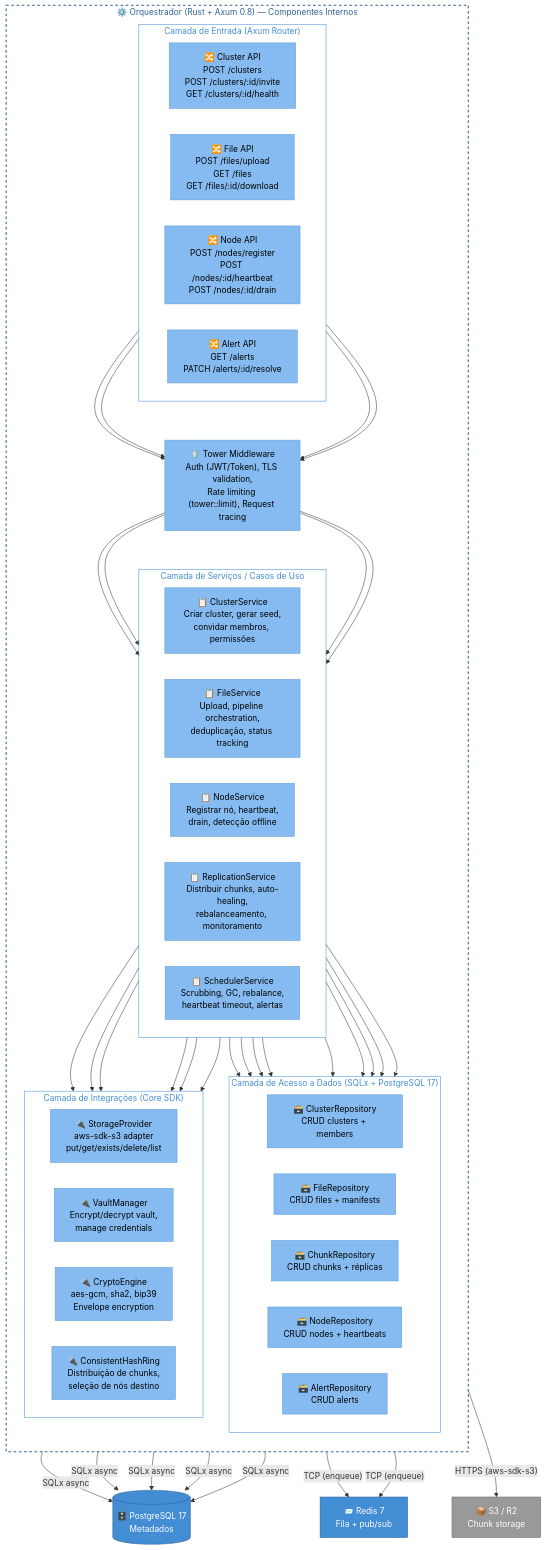
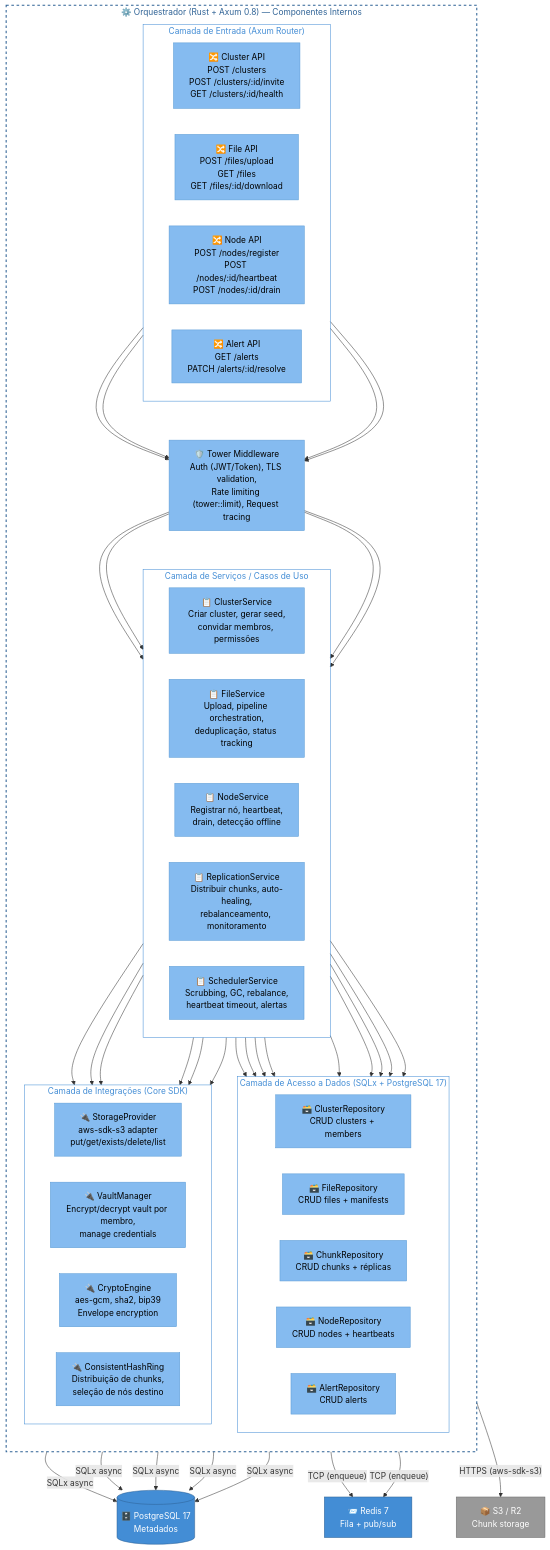
The diagram in docs/diagrams/components/api-components.mmd (DouglasPrado/alexandria), drawn with Mermaid before and after one commit. The commit also changed 29 other files, not shown here.

```diff
--- a/docs/diagrams/components/api-components.mmd
+++ b/docs/diagrams/components/api-components.mmd
@@ -1,119 +1,119 @@
 %% C4 Nivel 3: Componentes Internos — Orquestrador Alexandria
 %% Referencia: docs/blueprint/06-system_architecture.md
 %% Stack: Rust + Axum 0.8 + SQLx + Tower middleware
 
 graph TB
     subgraph ContainerBoundary["⚙️ Orquestrador (Rust + Axum 0.8) — Componentes Internos"]
         direction TB
 
         subgraph EntryLayer["Camada de Entrada (Axum Router)"]
             direction LR
             ClusterRouter["🔀 Cluster API<br/>POST /clusters<br/>POST /clusters/:id/invite<br/>GET /clusters/:id/health"]
             FileRouter["🔀 File API<br/>POST /files/upload<br/>GET /files<br/>GET /files/:id/download"]
             NodeRouter["🔀 Node API<br/>POST /nodes/register<br/>POST /nodes/:id/heartbeat<br/>POST /nodes/:id/drain"]
             AlertRouter["🔀 Alert API<br/>GET /alerts<br/>PATCH /alerts/:id/resolve"]
         end
 
         Middleware["🛡️ Tower Middleware<br/>Auth (JWT/Token), TLS validation,<br/>Rate limiting (tower::limit), Request tracing"]
 
         subgraph ServiceLayer["Camada de Serviços / Casos de Uso"]
             direction LR
             ClusterService["📋 ClusterService<br/>Criar cluster, gerar seed,<br/>convidar membros, permissões"]
             FileService["📋 FileService<br/>Upload, pipeline orchestration,<br/>deduplicação, status tracking"]
             NodeService["📋 NodeService<br/>Registrar nó, heartbeat,<br/>drain, detecção offline"]
             ReplicationService["📋 ReplicationService<br/>Distribuir chunks, auto-healing,<br/>rebalanceamento, monitoramento"]
             SchedulerService["📋 SchedulerService<br/>Scrubbing, GC, rebalance,<br/>heartbeat timeout, alertas"]
         end
 
         subgraph DataLayer["Camada de Acesso a Dados (SQLx + PostgreSQL 17)"]
             direction LR
             ClusterRepo["🗃️ ClusterRepository<br/>CRUD clusters + members"]
             FileRepo["🗃️ FileRepository<br/>CRUD files + manifests"]
             ChunkRepo["🗃️ ChunkRepository<br/>CRUD chunks + réplicas"]
             NodeRepo["🗃️ NodeRepository<br/>CRUD nodes + heartbeats"]
             AlertRepo["🗃️ AlertRepository<br/>CRUD alerts"]
         end
 
         subgraph IntegrationLayer["Camada de Integrações (Core SDK)"]
             direction LR
             StorageClient["🔌 StorageProvider<br/>aws-sdk-s3 adapter<br/>put/get/exists/delete/list"]
-            VaultClient["🔌 VaultManager<br/>Encrypt/decrypt vault,<br/>manage credentials"]
+            VaultClient["🔌 VaultManager<br/>Encrypt/decrypt vault por membro,<br/>manage credentials"]
             CryptoEngine["🔌 CryptoEngine<br/>aes-gcm, sha2, bip39<br/>Envelope encryption"]
             HashRing["🔌 ConsistentHashRing<br/>Distribuição de chunks,<br/>seleção de nós destino"]
         end
     end
 
     %% Dependências Externas
     DB[("🗄️ PostgreSQL 17<br/>Metadados")]
     RedisQ["📨 Redis 7<br/>Fila + pub/sub"]
     S3Ext["📦 S3 / R2<br/>Chunk storage"]
 
     %% Fluxo: Entrada → Middleware
     ClusterRouter --> Middleware
     FileRouter --> Middleware
     NodeRouter --> Middleware
     AlertRouter --> Middleware
 
     %% Fluxo: Middleware → Serviços
     Middleware --> ClusterService
     Middleware --> FileService
     Middleware --> NodeService
     Middleware --> ReplicationService
 
     %% Fluxo: Serviços → Repositórios
     ClusterService --> ClusterRepo
     FileService --> FileRepo
     FileService --> ChunkRepo
     NodeService --> NodeRepo
     ReplicationService --> ChunkRepo
     ReplicationService --> NodeRepo
     SchedulerService --> ChunkRepo
     SchedulerService --> NodeRepo
     SchedulerService --> AlertRepo
 
     %% Fluxo: Serviços → Integrações
     FileService --> CryptoEngine
     FileService --> HashRing
     ReplicationService --> StorageClient
     ReplicationService --> HashRing
     ClusterService --> VaultClient
     ClusterService --> CryptoEngine
 
     %% Conexões Externas
     ClusterRepo -->|"SQLx async"| DB
     FileRepo -->|"SQLx async"| DB
     ChunkRepo -->|"SQLx async"| DB
     NodeRepo -->|"SQLx async"| DB
     AlertRepo -->|"SQLx async"| DB
     FileService -->|"TCP (enqueue)"| RedisQ
     SchedulerService -->|"TCP (enqueue)"| RedisQ
     StorageClient -->|"HTTPS (aws-sdk-s3)"| S3Ext
 
     %% Estilos
     style ContainerBoundary fill:none,stroke:#2e6295,stroke-width:2px,stroke-dasharray:5 5,color:#2e6295
     style EntryLayer fill:none,stroke:#438dd5,stroke-width:1px,color:#438dd5
     style ServiceLayer fill:none,stroke:#438dd5,stroke-width:1px,color:#438dd5
     style DataLayer fill:none,stroke:#438dd5,stroke-width:1px,color:#438dd5
     style IntegrationLayer fill:none,stroke:#438dd5,stroke-width:1px,color:#438dd5
     style ClusterRouter fill:#85bbf0,stroke:#5a9bd5,color:#000
     style FileRouter fill:#85bbf0,stroke:#5a9bd5,color:#000
     style NodeRouter fill:#85bbf0,stroke:#5a9bd5,color:#000
     style AlertRouter fill:#85bbf0,stroke:#5a9bd5,color:#000
     style Middleware fill:#85bbf0,stroke:#5a9bd5,color:#000
     style ClusterService fill:#85bbf0,stroke:#5a9bd5,color:#000
     style FileService fill:#85bbf0,stroke:#5a9bd5,color:#000
     style NodeService fill:#85bbf0,stroke:#5a9bd5,color:#000
     style ReplicationService fill:#85bbf0,stroke:#5a9bd5,color:#000
     style SchedulerService fill:#85bbf0,stroke:#5a9bd5,color:#000
     style ClusterRepo fill:#85bbf0,stroke:#5a9bd5,color:#000
     style FileRepo fill:#85bbf0,stroke:#5a9bd5,color:#000
     style ChunkRepo fill:#85bbf0,stroke:#5a9bd5,color:#000
     style NodeRepo fill:#85bbf0,stroke:#5a9bd5,color:#000
     style AlertRepo fill:#85bbf0,stroke:#5a9bd5,color:#000
     style StorageClient fill:#85bbf0,stroke:#5a9bd5,color:#000
     style VaultClient fill:#85bbf0,stroke:#5a9bd5,color:#000
     style CryptoEngine fill:#85bbf0,stroke:#5a9bd5,color:#000
     style HashRing fill:#85bbf0,stroke:#5a9bd5,color:#000
     style DB fill:#438dd5,stroke:#2e6295,color:#fff
     style RedisQ fill:#438dd5,stroke:#2e6295,color:#fff
     style S3Ext fill:#999999,stroke:#6b6b6b,color:#fff
```
